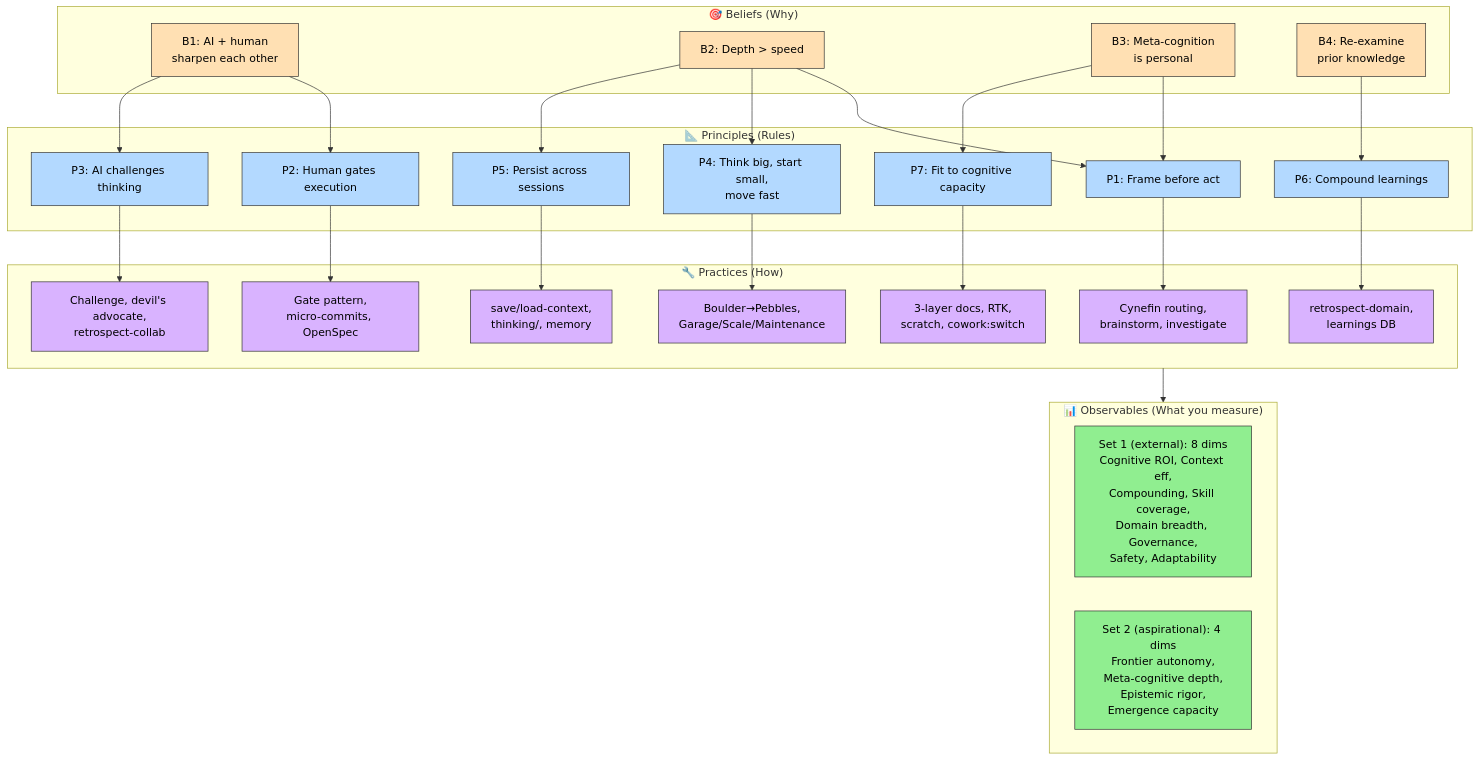
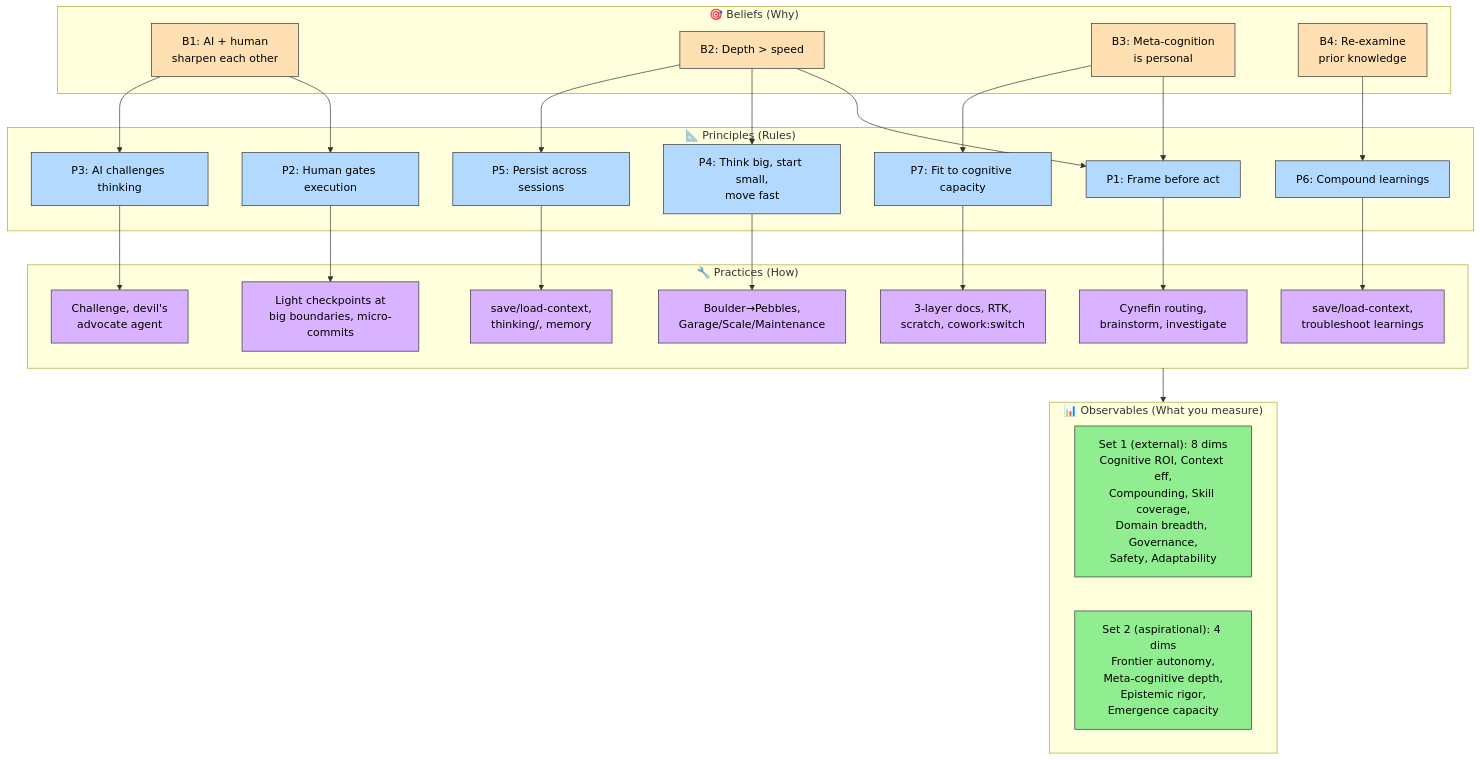
The second of 3 diagrams in PHILOSOPHY.md (digital-stoic-org/agent-skills), drawn with Mermaid before and after one commit. The commit also changed other lines of this file and 2 other files, not shown here.

````diff
--- a/PHILOSOPHY.md
+++ b/PHILOSOPHY.md
@@ -26,60 +70,60 @@
 ```mermaid
 graph TD
     subgraph B["🎯 Beliefs (Why)"]
         B1["B1: AI + human<br/>sharpen each other"]
         B2["B2: Depth > speed"]
         B3["B3: Meta-cognition<br/>is personal"]
         B4["B4: Re-examine<br/>prior knowledge"]
     end
 
     subgraph P["📐 Principles (Rules)"]
         P1["P1: Frame before act"]
         P2["P2: Human gates execution"]
         P3["P3: AI challenges thinking"]
         P4["P4: Think big, start small,<br/>move fast"]
         P5["P5: Persist across sessions"]
         P6["P6: Compound learnings"]
         P7["P7: Fit to cognitive capacity"]
     end
 
     subgraph Pr["🔧 Practices (How)"]
         Pr1["Cynefin routing,<br/>brainstorm, investigate"]
-        Pr2["Gate pattern,<br/>micro-commits, OpenSpec"]
-        Pr3["Challenge, devil's advocate,<br/>retrospect-collab"]
+        Pr2["Light checkpoints at<br/>big boundaries, micro-commits"]
+        Pr3["Challenge, devil's<br/>advocate agent"]
         Pr4["Boulder→Pebbles,<br/>Garage/Scale/Maintenance"]
         Pr5["save/load-context,<br/>thinking/, memory"]
-        Pr6["retrospect-domain,<br/>learnings DB"]
+        Pr6["save/load-context,<br/>troubleshoot learnings"]
         Pr7["3-layer docs, RTK,<br/>scratch, cowork:switch"]
     end
 
     subgraph O["📊 Observables (What you measure)"]
         O1["Set 1 (external): 8 dims<br/>Cognitive ROI, Context eff,<br/>Compounding, Skill coverage,<br/>Domain breadth, Governance,<br/>Safety, Adaptability"]
         O2["Set 2 (aspirational): 4 dims<br/>Frontier autonomy,<br/>Meta-cognitive depth,<br/>Epistemic rigor,<br/>Emergence capacity"]
     end
 
     B3 & B2 --> P1
     B1 --> P2 & P3
     B2 --> P4 & P5
     B4 --> P6
     B3 --> P7
 
     P1 --> Pr1
     P2 --> Pr2
     P3 --> Pr3
     P4 --> Pr4
     P5 --> Pr5
     P6 --> Pr6
     P7 --> Pr7
 
     Pr --> O
 
     classDef belief fill:#FFE0B3,stroke:#333,color:#000
     classDef principle fill:#B3D9FF,stroke:#333,color:#000
     classDef practice fill:#D9B3FF,stroke:#333,color:#000
     classDef obs fill:#90EE90,stroke:#333,color:#000
 
     class B1,B2,B3,B4 belief
     class P1,P2,P3,P4,P5,P6,P7 principle
     class Pr1,Pr2,Pr3,Pr4,Pr5,Pr6,Pr7 practice
     class O1,O2 obs
 ```
````
